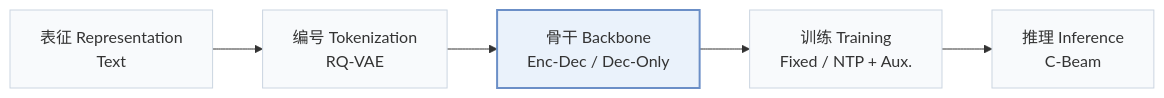
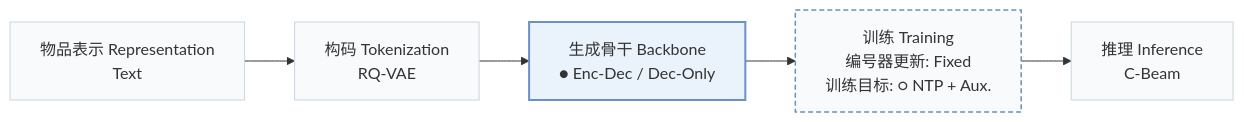
Before and after one commit to Galaxy-ghost/Awesome-SID-Generative-Rec: the first of 2 diagrams in pages/zh/papers/stamp.md, drawn with Mermaid. The commit also changed other lines of this file and 558 other files, not shown here.

````diff
--- a/pages/zh/papers/stamp.md
+++ b/pages/zh/papers/stamp.md
@@ -15,8 +18,10 @@
 ```mermaid
 flowchart LR
-    R["表征 Representation<br/>Text"] --> T["编号 Tokenization<br/>RQ-VAE"] --> B["骨干 Backbone<br/>Enc-Dec / Dec-Only"] --> TR["训练 Training<br/>Fixed / NTP + Aux."] --> I["推理 Inference<br/>C-Beam"]
+    R["物品表示 Representation<br/>Text"] --> T["构码 Tokenization<br/>RQ-VAE"] --> B["生成骨干 Backbone<br/>● Enc-Dec / Dec-Only"] --> TR["训练 Training<br/>编号器更新: Fixed<br/>训练目标: ○ NTP + Aux."] --> I["推理 Inference<br/>C-Beam"]
     classDef base fill:#f8fafc,stroke:#cbd5e1
     class R,T,B,TR,I base
+    classDef other fill:#f8fafc,stroke:#6b8fc7,stroke-width:1.5px,stroke-dasharray:5 3
+    class TR other
     classDef main fill:#eaf2fb,stroke:#6b8fc7,stroke-width:2px
     class B main
 ```
````
